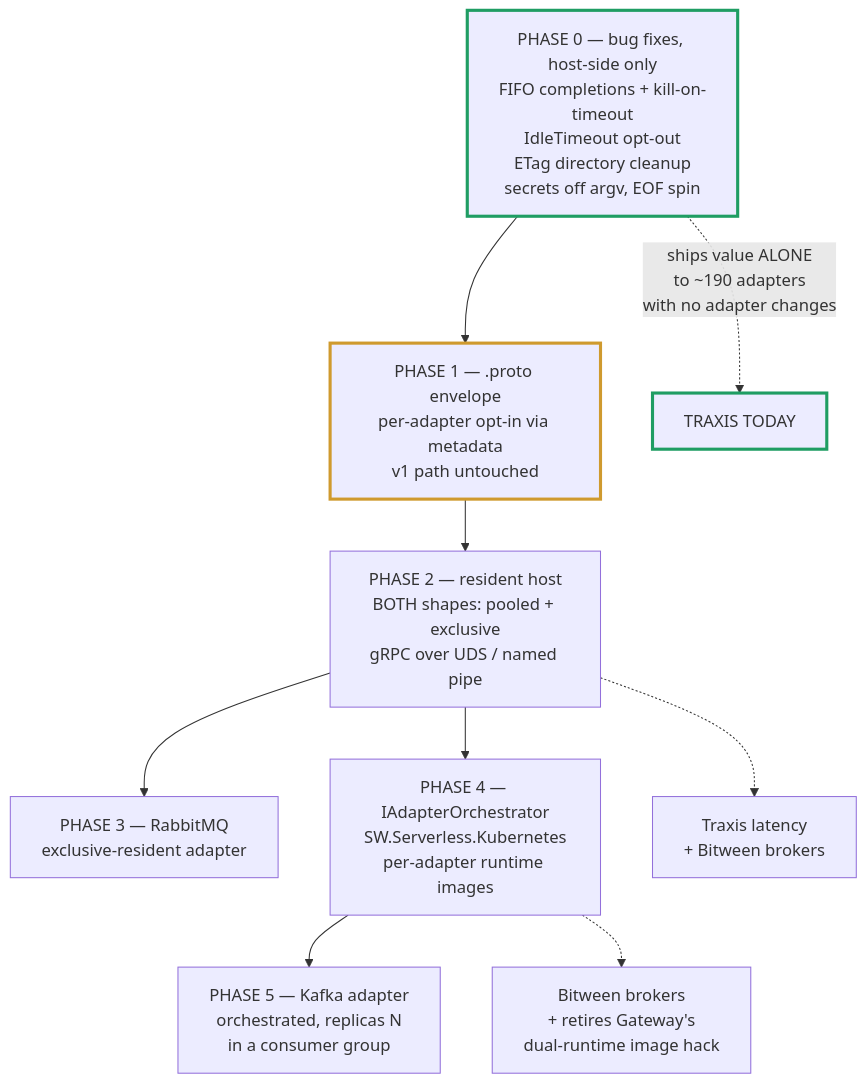
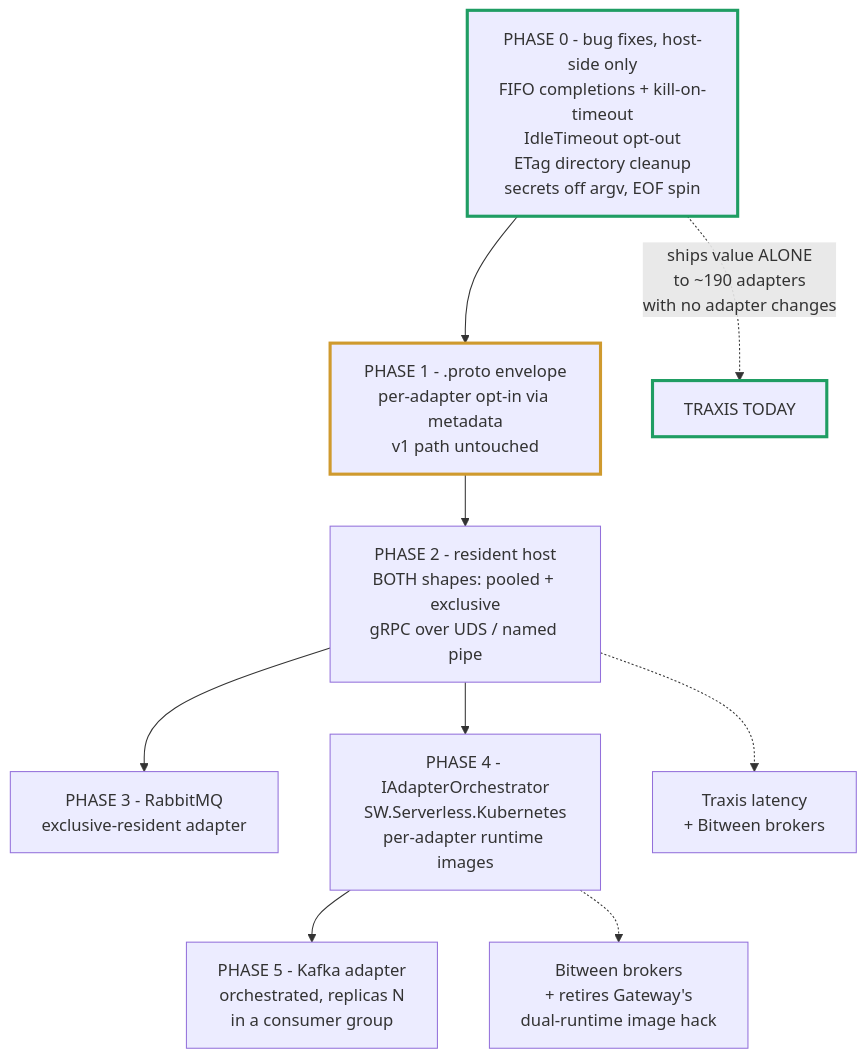
Before and after one commit to simplify9/Bitween-api: diagram 31 of 34 in docs/design/resident-adapters-design.md, drawn with Mermaid. The commit also changed other lines of this file and 768 other files, not shown here.

````diff
--- a/docs/design/resident-adapters-design.md
+++ b/docs/design/resident-adapters-design.md
@@ -1516,17 +1516,17 @@
 ```mermaid
 flowchart TB
-    P0["PHASE 0 — bug fixes, host-side only<br/>FIFO completions + kill-on-timeout<br/>IdleTimeout opt-out<br/>ETag directory cleanup<br/>secrets off argv, EOF spin"]
-    P1["PHASE 1 — .proto envelope<br/>per-adapter opt-in via metadata<br/>v1 path untouched"]
-    P2["PHASE 2 — resident host<br/>BOTH shapes: pooled + exclusive<br/>gRPC over UDS / named pipe"]
-    P3["PHASE 3 — RabbitMQ<br/>exclusive-resident adapter"]
-    P4["PHASE 4 — IAdapterOrchestrator<br/>SW.Serverless.Kubernetes<br/>per-adapter runtime images"]
-    P5["PHASE 5 — Kafka adapter<br/>orchestrated, replicas N<br/>in a consumer group"]
+    P0["PHASE 0 - bug fixes, host-side only<br/>FIFO completions + kill-on-timeout<br/>IdleTimeout opt-out<br/>ETag directory cleanup<br/>secrets off argv, EOF spin"]
+    P1["PHASE 1 - .proto envelope<br/>per-adapter opt-in via metadata<br/>v1 path untouched"]
+    P2["PHASE 2 - resident host<br/>BOTH shapes: pooled + exclusive<br/>gRPC over UDS / named pipe"]
+    P3["PHASE 3 - RabbitMQ<br/>exclusive-resident adapter"]
+    P4["PHASE 4 - IAdapterOrchestrator<br/>SW.Serverless.Kubernetes<br/>per-adapter runtime images"]
+    P5["PHASE 5 - Kafka adapter<br/>orchestrated, replicas N<br/>in a consumer group"]
     P0 --> P1 --> P2 --> P3
     P2 --> P4 --> P5
     P0 -.->|"ships value ALONE<br/>to ~190 adapters<br/>with no adapter changes"| V0["TRAXIS TODAY"]
     P2 -.-> V2["Traxis latency<br/>+ Bitween brokers"]
     P4 -.-> V4["Bitween brokers<br/>+ retires Gateway's<br/>dual-runtime image hack"]
     style P0 stroke:#1f9d63,stroke-width:3px
     style V0 stroke:#1f9d63,stroke-width:3px
     style P1 stroke:#cf9a2e,stroke-width:3px
 ```
````
